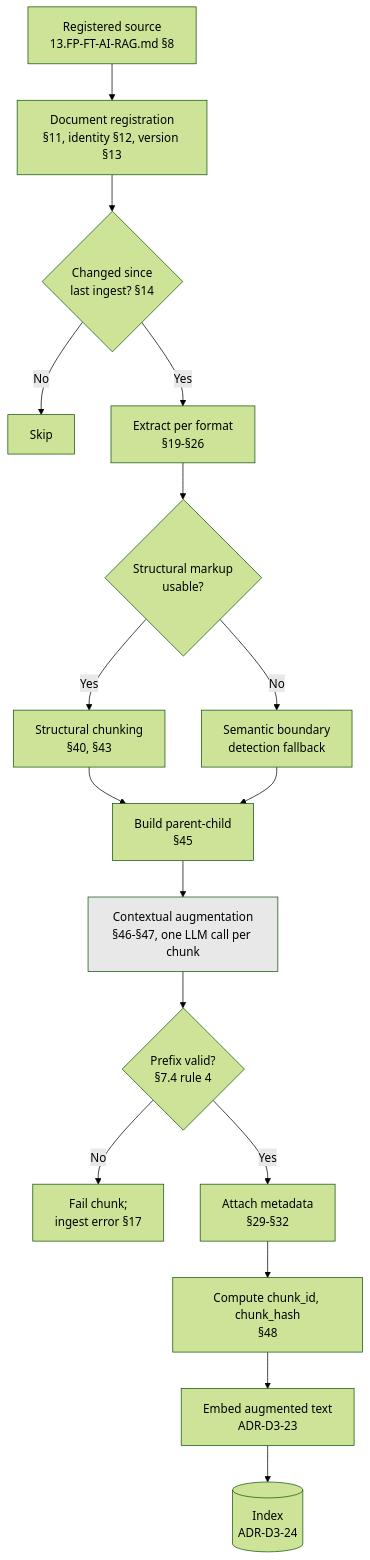
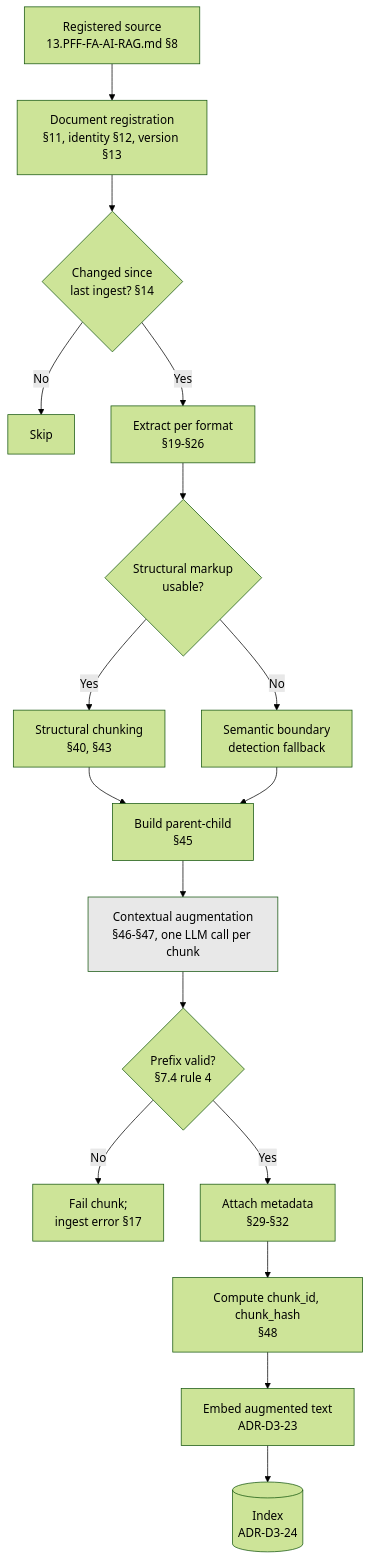
The diagram in docs/architecture/adr/03-ai-architecture/ADR-D3-21-document-ingestion-and-chunking-strategy.md (gobimca87/PF-FT), drawn with Mermaid (forest theme) before and after one commit. The commit also changed other lines of this file and 880 other files, not shown here.

````diff
--- a/docs/architecture/adr/03-ai-architecture/ADR-D3-21-document-ingestion-and-chunking-strategy.md
+++ b/docs/architecture/adr/03-ai-architecture/ADR-D3-21-document-ingestion-and-chunking-strategy.md
@@ -438,21 +438,21 @@
 ```mermaid
 flowchart TD
-    S[Registered source<br/>13.FP-FT-AI-RAG.md §8] --> D[Document registration<br/>§11, identity §12, version §13]
+    S[Registered source<br/>13.PFF-FA-AI-RAG.md §8] --> D[Document registration<br/>§11, identity §12, version §13]
     D --> CD{Changed since<br/>last ingest? §14}
     CD -- No --> SKIP[Skip]
     CD -- Yes --> EX[Extract per format<br/>§19-§26]
     EX --> ST{Structural markup<br/>usable?}
     ST -- Yes --> SC[Structural chunking<br/>§40, §43]
     ST -- No --> SB[Semantic boundary<br/>detection fallback]
     SC --> PC[Build parent-child<br/>§45]
     SB --> PC
     PC --> AUG[Contextual augmentation<br/>§46-§47, one LLM call per chunk]
     AUG --> VAL{Prefix valid?<br/>§7.4 rule 4}
     VAL -- No --> FAIL[Fail chunk;<br/>ingest error §17]
     VAL -- Yes --> MD[Attach metadata<br/>§29-§32]
     MD --> H[Compute chunk_id, chunk_hash<br/>§48]
     H --> EMB[Embed augmented text<br/>ADR-D3-23]
     EMB --> IDX[(Index<br/>ADR-D3-24)]
 
     style AUG fill:#e8e8e8
 ```
````
